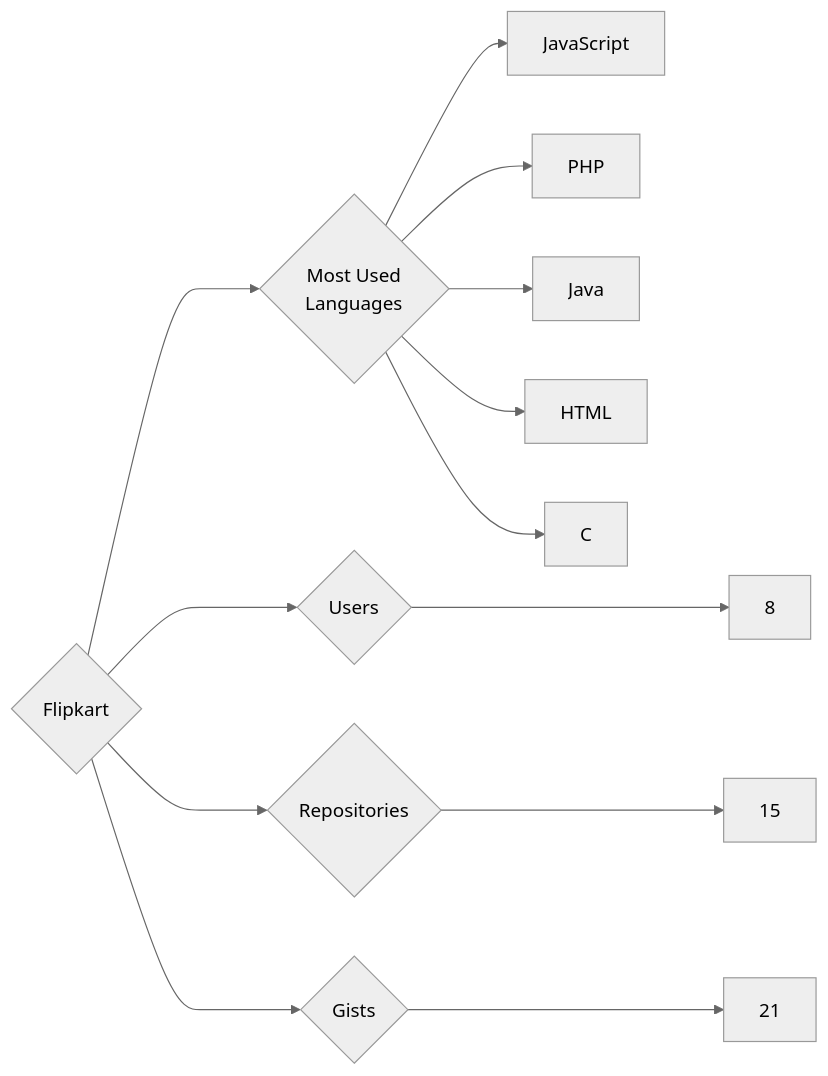
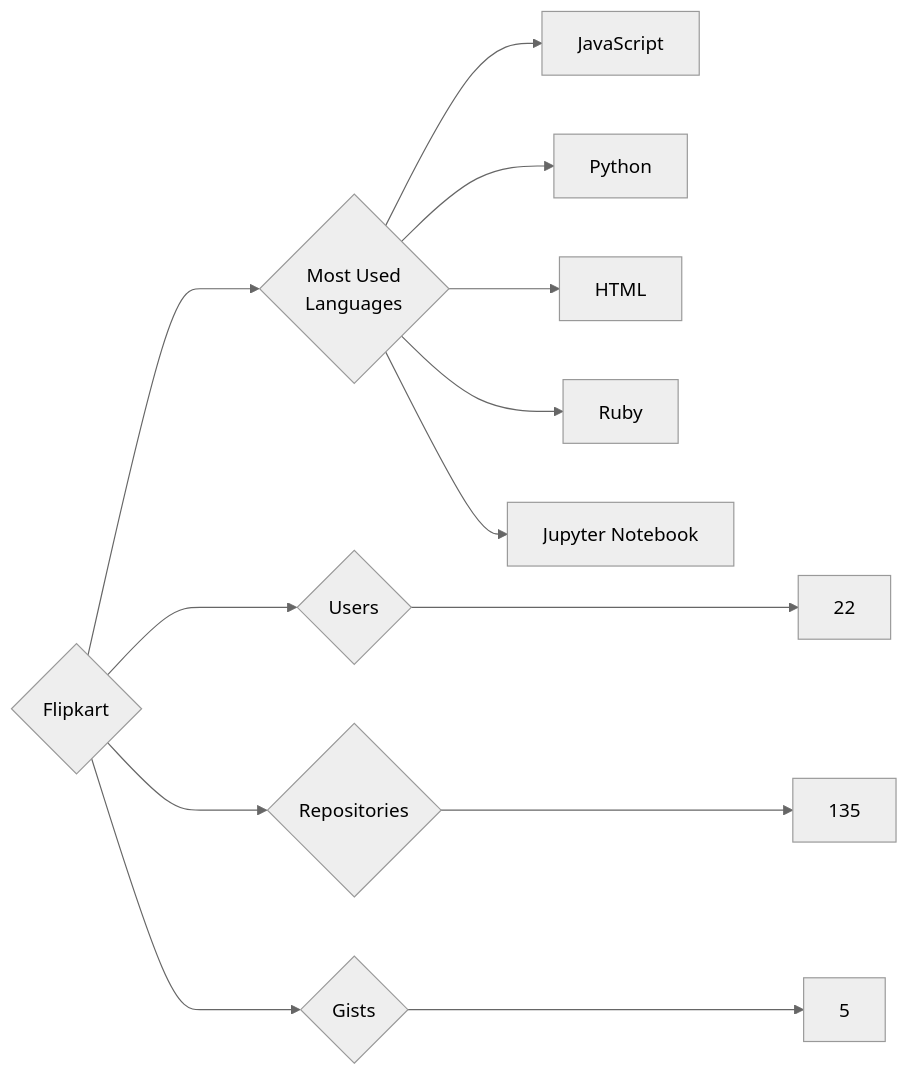
One commit to trickest/insiders changed the diagram in targets/Flipkart/README.md. Above: the diagram before and after it, drawn with Mermaid (neutral theme). The commit also changed 826 other files, not shown here.

````diff
--- a/targets/Flipkart/README.md
+++ b/targets/Flipkart/README.md
@@ -3,13 +3,13 @@
 ```mermaid
 graph LR
 COMPANY_NAME{Flipkart}
-COMPANY_NAME ---> U{Users} ---> UN[8]
-COMPANY_NAME ---> R{Repositories} ---> RN[15]
-COMPANY_NAME ---> G{Gists} ---> GN[21]
+COMPANY_NAME ---> U{Users} ---> UN[22]
+COMPANY_NAME ---> R{Repositories} ---> RN[135]
+COMPANY_NAME ---> G{Gists} ---> GN[5]
 COMPANY_NAME ---> ML{Most Used<br>Languages}
 ML --> JavaScript[JavaScript]
-ML --> PHP[PHP]
-ML --> Java[Java]
+ML --> Python[Python]
 ML --> HTML[HTML]
-ML --> C[C]
+ML --> Ruby[Ruby]
+ML --> Jupyter_Notebook[Jupyter Notebook]
 ```
````
